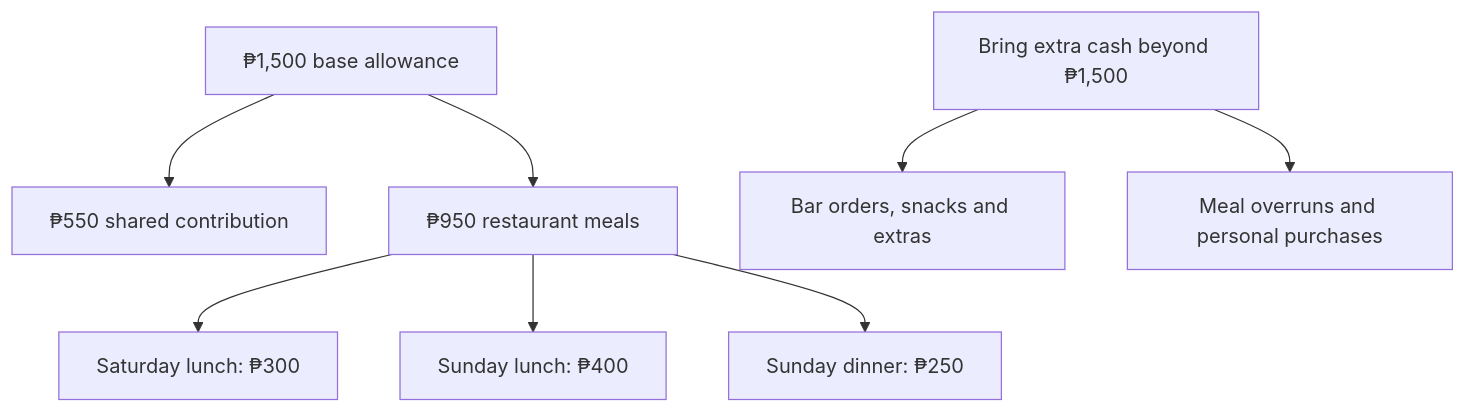
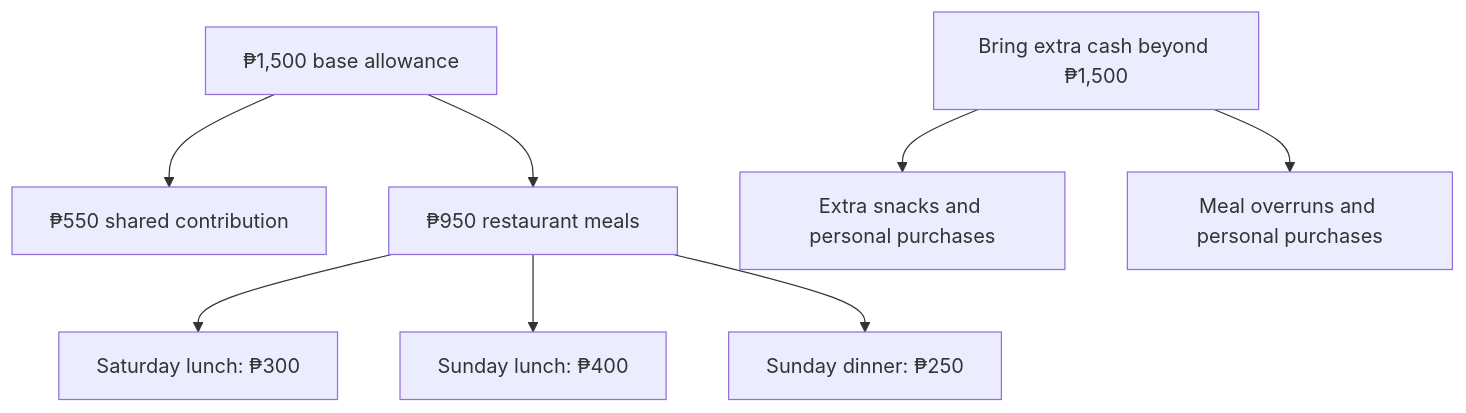
The diagram in assets/budget.mmd (itsmcliam/Birthday-Plan), drawn with Mermaid before and after one commit. The commit also changed 5 other files, not shown here.

```diff
--- a/assets/budget.mmd
+++ b/assets/budget.mmd
@@ -1,8 +1,8 @@
 flowchart TD
     A["₱1,500 base allowance"] --> B["₱550 shared contribution"]
     A --> C["₱950 restaurant meals"]
     C --> D["Saturday lunch: ₱300"]
     C --> E["Sunday lunch: ₱400"]
     C --> F["Sunday dinner: ₱250"]
-    G["Bring extra cash beyond ₱1,500"] --> H["Bar orders, snacks and extras"]
+    G["Bring extra cash beyond ₱1,500"] --> H["Extra snacks and personal purchases"]
     G --> I["Meal overruns and personal purchases"]
```
